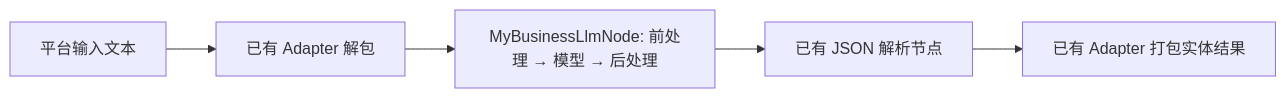
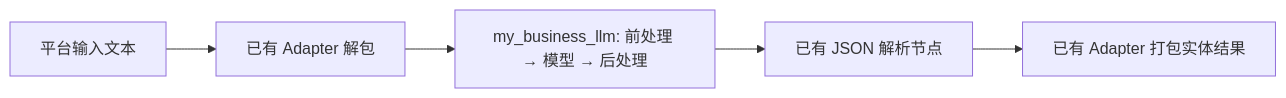
The diagram in doc/dev_guide/first_custom_node.md (chamsechan/LLM-EdgeFlow), drawn with Mermaid before and after one commit. The commit also changed other lines of this file and 181 other files, not shown here.

````diff
--- a/doc/dev_guide/first_custom_node.md
+++ b/doc/dev_guide/first_custom_node.md
@@ -133,7 +133,7 @@
 ```mermaid
 flowchart LR
     A[平台输入文本] --> B[已有 Adapter 解包]
-    B --> C[MyBusinessLlmNode: 前处理 → 模型 → 后处理]
+    B --> C[my_business_llm: 前处理 → 模型 → 后处理]
     C --> D[已有 JSON 解析节点]
     D --> E[已有 Adapter 打包实体结果]
 ```
````
